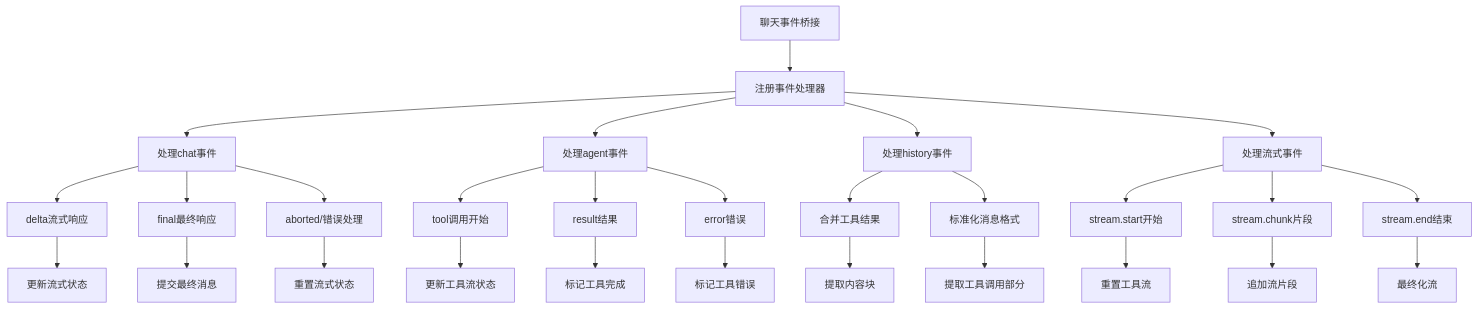
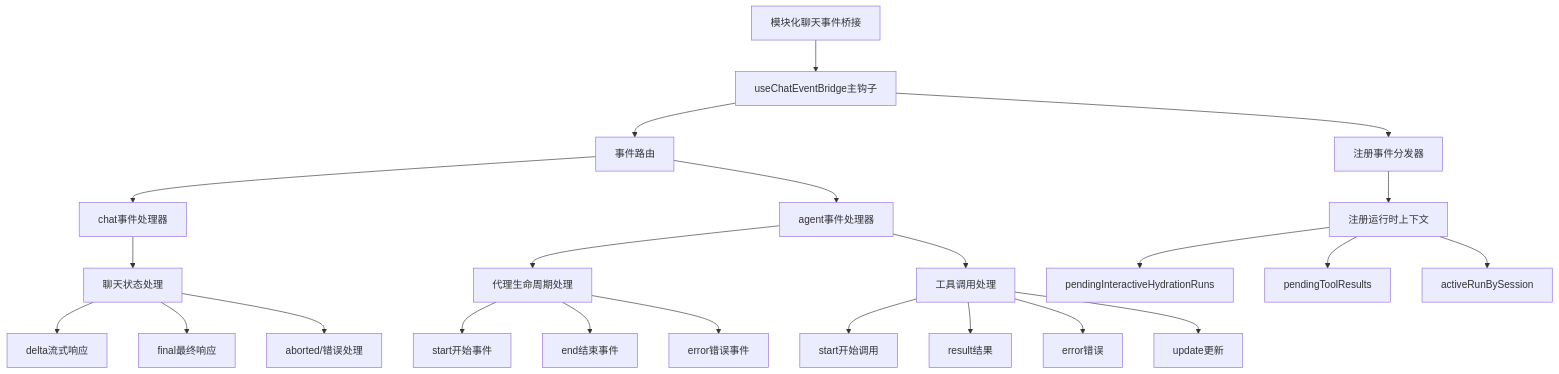
Diagram 26 of 51 in .qoder/repowiki/zh/content/Web界面/UI组件系统/UI组件系统.md (verse-ai-org/openclaw), drawn with Mermaid before and after one commit. The commit also changed other lines of this file and 20 other files, not shown here.

````diff
--- a/.qoder/repowiki/zh/content/Web界面/UI组件系统/UI组件系统.md
+++ b/.qoder/repowiki/zh/content/Web界面/UI组件系统/UI组件系统.md
@@ -1429,30 +1478,25 @@
 ```mermaid
 flowchart TD
-A[聊天事件桥接] --> B[注册事件处理器]
-B --> C[处理chat事件]
-B --> D[处理agent事件]
-B --> E[处理history事件]
-B --> F[处理流式事件]
-C --> G[delta流式响应]
-C --> H[final最终响应]
-C --> I[aborted/错误处理]
-D --> J[tool调用开始]
-D --> K[result结果]
-D --> L[error错误]
-E --> M[合并工具结果]
-E --> N[标准化消息格式]
-F --> O[stream.start开始]
-F --> P[stream.chunk片段]
-F --> Q[stream.end结束]
-G --> R[更新流式状态]
-H --> S[提交最终消息]
-I --> T[重置流式状态]
-J --> U[更新工具流状态]
-K --> V[标记工具完成]
-L --> W[标记工具错误]
-M --> X[提取内容块]
-N --> Y[提取工具调用部分]
-O --> Z[重置工具流]
-P --> AA[追加流片段]
-Q --> BB[最终化流]
+A[模块化聊天事件桥接] --> B[useChatEventBridge主钩子]
+B --> C[注册事件分发器]
+B --> D[事件路由]
+D --> E[chat事件处理器]
+D --> F[agent事件处理器]
+E --> G[聊天状态处理]
+G --> H[delta流式响应]
+G --> I[final最终响应]
+G --> J[aborted/错误处理]
+F --> K[代理生命周期处理]
+K --> L[start开始事件]
+K --> M[end结束事件]
+K --> N[error错误事件]
+F --> O[工具调用处理]
+O --> P[start开始调用]
+O --> Q[result结果]
+O --> R[error错误]
+O --> S[update更新]
+C --> T[注册运行时上下文]
+T --> U[pendingInteractiveHydrationRuns]
+T --> V[pendingToolResults]
+T --> W[activeRunBySession]
 ```
````
